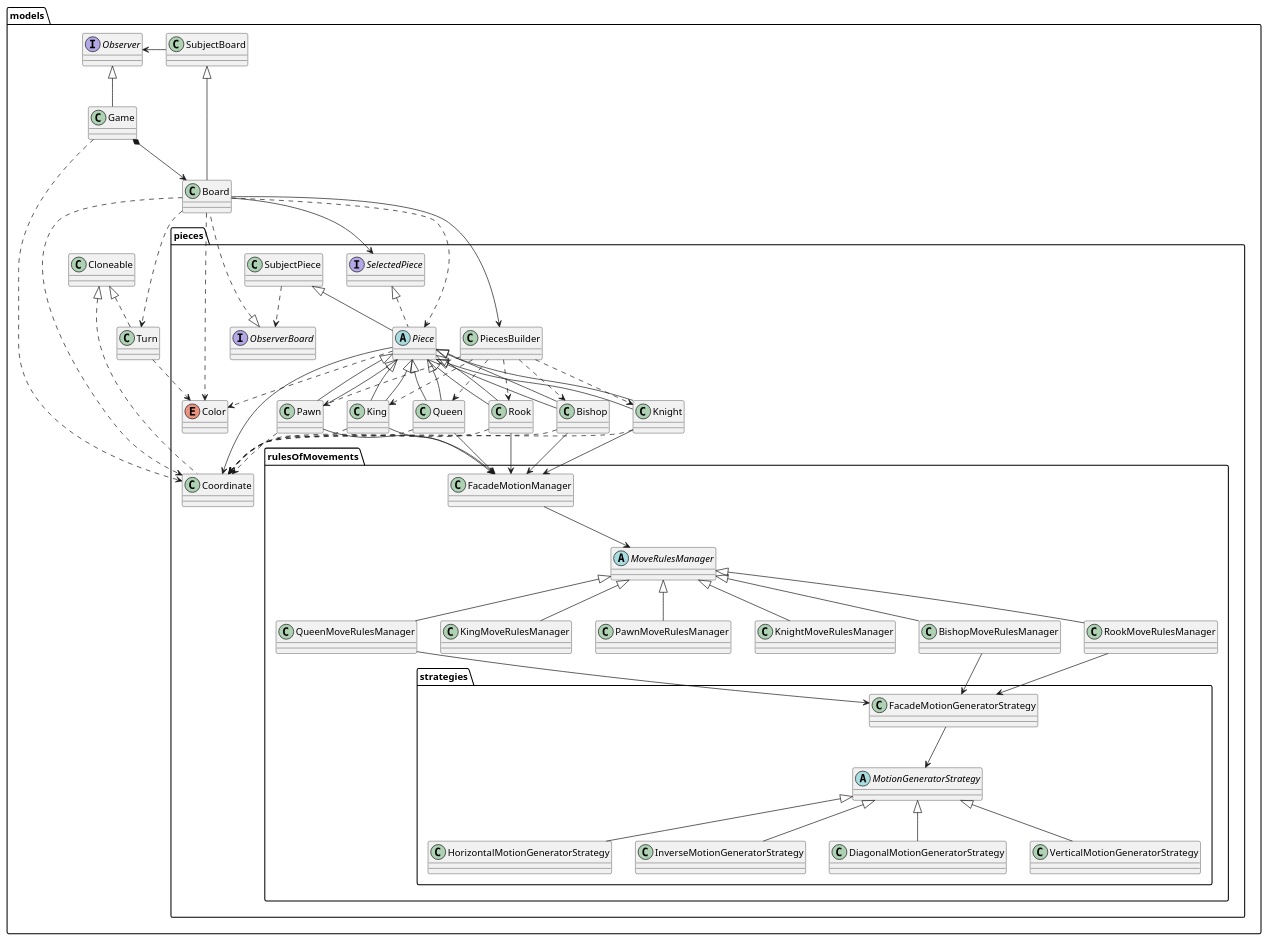
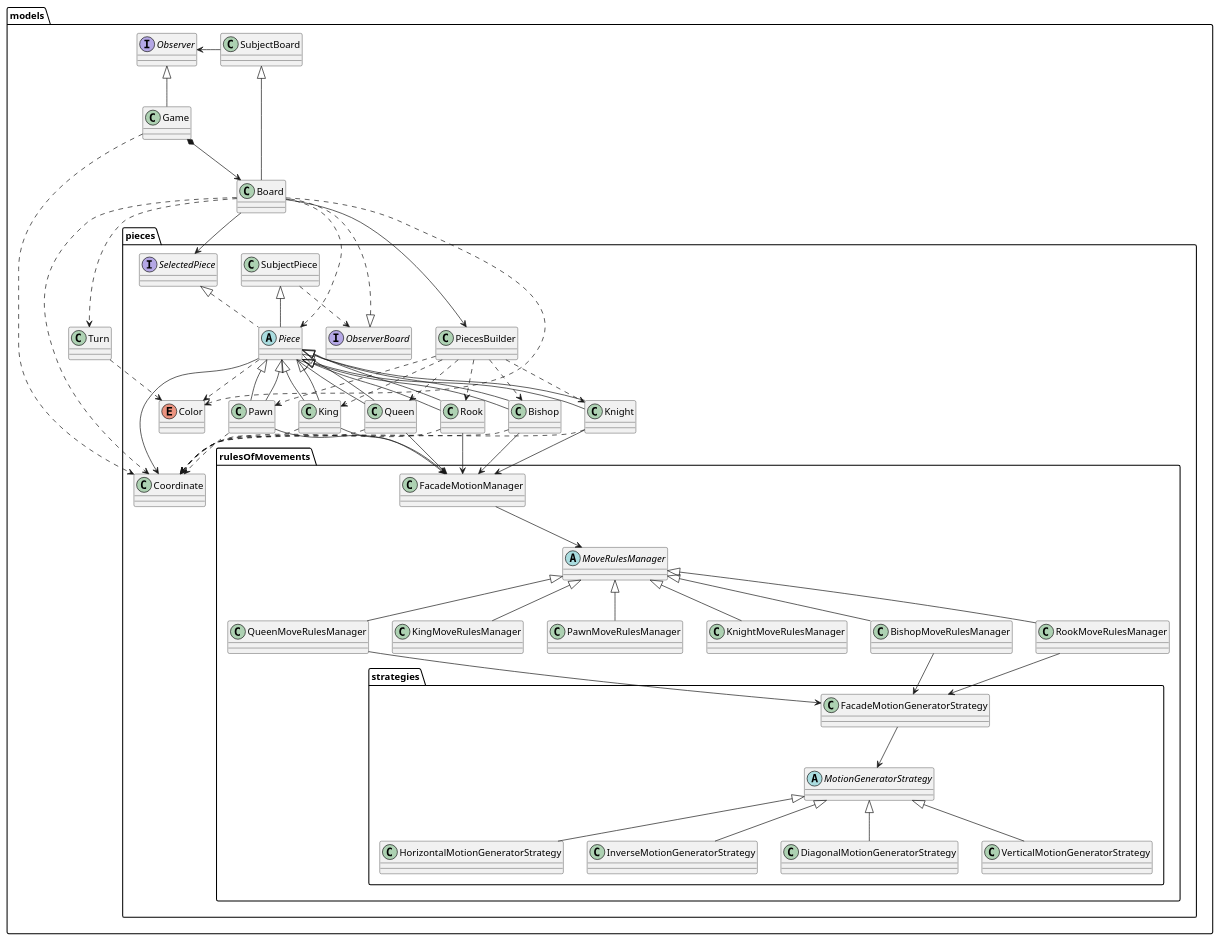
The diagram in docs/Class Diagram/Class Diagram - Models.puml (pcarroza/ajedrez-java), drawn with PlantUML before and after one commit. The commit also changed 3 other files, not shown here.

```diff
--- a/docs/Class Diagram/Class Diagram - Models.puml
+++ b/docs/Class Diagram/Class Diagram - Models.puml
@@ -1,185 +1,183 @@
 @startuml
 
 interface models.pieces.SelectedPiece {
 }
 
 class models.pieces.PiecesBuilder {
 }
 
 enum models.pieces.Color {
 }
 
 interface models.Observer {
 }
 
 class models.pieces.Coordinate {
 }
 
 class models.Board {
 }
 
 interface models.pieces.ObserverBoard {
 }
 
 class models.Game {
 }
 
 abstract class models.pieces.Piece {
 }
 
 class models.pieces.SubjectPiece {
 }
 
 class models.Turn {
 }
 
 class models.SubjectBoard {
 }
 
 abstract class models.pieces.Piece {
 }
 
 interface  models.pieces.SelectedPiece {
 }
 
 class  models.pieces.Queen {
 }
 
 class  models.pieces.Rook {
 }
 
 class  models.pieces.SubjectPiece {
 }
 
 class  models.pieces.Bishop {
 }
 
 class  models.pieces.Knight {
 }
 
 class  models.pieces.Pawn {
 }
 
 class  models.pieces.King {
 }
 
 class  models.pieces.Coordinate {
 }
 
 abstract class models.pieces.rulesOfMovements.MoveRulesManager {
 }
 
 class models.pieces.rulesOfMovements.strategies.HorizontalMotionGeneratorStrategy {
 }
 
 class models.pieces.rulesOfMovements.strategies.FacadeMotionGeneratorStrategy {
 }
 
 abstract class  models.pieces.rulesOfMovements.strategies.MotionGeneratorStrategy {
 }
 
 class  models.pieces.rulesOfMovements.strategies.InverseMotionGeneratorStrategy {
 }
 
 class  models.pieces.rulesOfMovements.strategies.DiagonalMotionGeneratorStrategy {
 }
 
 class  models.pieces.rulesOfMovements.strategies.VerticalMotionGeneratorStrategy {
 }
 
 class models.pieces.rulesOfMovements.FacadeMotionManager {
 }
 
 class models.pieces.rulesOfMovements.QueenMoveRulesManager {
 }
 
 class models.pieces.rulesOfMovements.KingMoveRulesManager {
 }
 
 class models.pieces.rulesOfMovements.PawnMoveRulesManager {
 }
 
 class models.pieces.rulesOfMovements.KnightMoveRulesManager {
 }
 
 class models.pieces.rulesOfMovements.BishopMoveRulesManager {
 }
 
 class  models.pieces.rulesOfMovements.RookMoveRulesManager {
 }
 
 models.pieces.Piece <|-- models.pieces.Bishop
 models.pieces.Piece <|-- models.pieces.Knight
-models.Cloneable <|.. models.pieces.Coordinate
 models.pieces.ObserverBoard <|.. models.Board
 models.Observer <|-- models.Game
 models.Game *--> models.Board
 models.Game ..> models.pieces.Coordinate
 models.Board ...> models.Turn
 models.Board ..> models.pieces.Color
 models.Board ..> models.pieces.Coordinate
 models.Board --> models.pieces.PiecesBuilder
 models.Board --> models.pieces.SelectedPiece
 models.Board ..> models.pieces.Piece
 models.Turn ..> models.pieces.Color
 models.SubjectBoard <|-- models.Board
 models.SubjectBoard -left-> models.Observer
 models.pieces.SelectedPiece <|.. models.pieces.Piece
 models.pieces.SubjectPiece ..> models.pieces.ObserverBoard
 models.pieces.SubjectPiece <|-- models.pieces.Piece
 models.pieces.Piece <|-- models.pieces.Queen
 models.pieces.Piece <|-- models.pieces.Rook
 models.pieces.Piece <|-- models.pieces.Pawn
 models.pieces.Piece ..> models.pieces.Color
 models.pieces.Piece -right-> models.pieces.Coordinate
-models.Cloneable <|.. models.Turn
 models.pieces.Piece <|-- models.pieces.King
 
 models.pieces.PiecesBuilder ..> models.pieces.Pawn
 models.pieces.PiecesBuilder ..> models.pieces.Rook
 models.pieces.PiecesBuilder ..> models.pieces.King
 models.pieces.PiecesBuilder ..> models.pieces.Queen
 models.pieces.PiecesBuilder ..> models.pieces.Bishop
 models.pieces.PiecesBuilder ..> models.pieces.Knight
 
 models.pieces.Rook ..> models.pieces.Coordinate
 models.pieces.King ..> models.pieces.Coordinate
 models.pieces.Queen ..> models.pieces.Coordinate
 models.pieces.Bishop ..> models.pieces.Coordinate
 models.pieces.Knight ..> models.pieces.Coordinate
 models.pieces.Pawn ..> models.pieces.Coordinate
 
 models.pieces.rulesOfMovements.FacadeMotionManager -->  models.pieces.rulesOfMovements.MoveRulesManager
 
 models.pieces.rulesOfMovements.strategies.MotionGeneratorStrategy <|--  models.pieces.rulesOfMovements.strategies.HorizontalMotionGeneratorStrategy
 models.pieces.rulesOfMovements.strategies.MotionGeneratorStrategy <|--  models.pieces.rulesOfMovements.strategies.InverseMotionGeneratorStrategy
 models.pieces.rulesOfMovements.strategies.MotionGeneratorStrategy <|--  models.pieces.rulesOfMovements.strategies.DiagonalMotionGeneratorStrategy
 models.pieces.rulesOfMovements.strategies.MotionGeneratorStrategy <|--  models.pieces.rulesOfMovements.strategies.VerticalMotionGeneratorStrategy
 
 models.pieces.rulesOfMovements.MoveRulesManager <|--  models.pieces.rulesOfMovements.BishopMoveRulesManager
 models.pieces.rulesOfMovements.MoveRulesManager <|--  models.pieces.rulesOfMovements.KnightMoveRulesManager
 models.pieces.rulesOfMovements.MoveRulesManager <|--  models.pieces.rulesOfMovements.QueenMoveRulesManager
 models.pieces.rulesOfMovements.MoveRulesManager <|--  models.pieces.rulesOfMovements.PawnMoveRulesManager
 models.pieces.rulesOfMovements.MoveRulesManager <|--  models.pieces.rulesOfMovements.KingMoveRulesManager
 models.pieces.rulesOfMovements.MoveRulesManager <|--  models.pieces.rulesOfMovements.RookMoveRulesManager
 
 models.pieces.Piece <|--  models.pieces.King
 models.pieces.Piece <|--  models.pieces.Queen
 models.pieces.Piece <|--  models.pieces.Rook
 models.pieces.Piece <|--  models.pieces.Bishop
 models.pieces.Piece <|--  models.pieces.Knight
 models.pieces.Piece <|--  models.pieces.Pawn
 
 models.pieces.King -->  models.pieces.rulesOfMovements.FacadeMotionManager
 models.pieces.Queen -->  models.pieces.rulesOfMovements.FacadeMotionManager
 models.pieces.Rook -->  models.pieces.rulesOfMovements.FacadeMotionManager
 models.pieces.Bishop -->  models.pieces.rulesOfMovements.FacadeMotionManager
 models.pieces.Knight -->  models.pieces.rulesOfMovements.FacadeMotionManager
 models.pieces.Pawn -->  models.pieces.rulesOfMovements.FacadeMotionManager
 
 models.pieces.rulesOfMovements.BishopMoveRulesManager  -->  models.pieces.rulesOfMovements.strategies.FacadeMotionGeneratorStrategy
 models.pieces.rulesOfMovements.QueenMoveRulesManager -->  models.pieces.rulesOfMovements.strategies.FacadeMotionGeneratorStrategy
 models.pieces.rulesOfMovements.RookMoveRulesManager -->  models.pieces.rulesOfMovements.strategies.FacadeMotionGeneratorStrategy
 models.pieces.rulesOfMovements.strategies.FacadeMotionGeneratorStrategy -->  models.pieces.rulesOfMovements.strategies.MotionGeneratorStrategy
 
 @enduml
```
